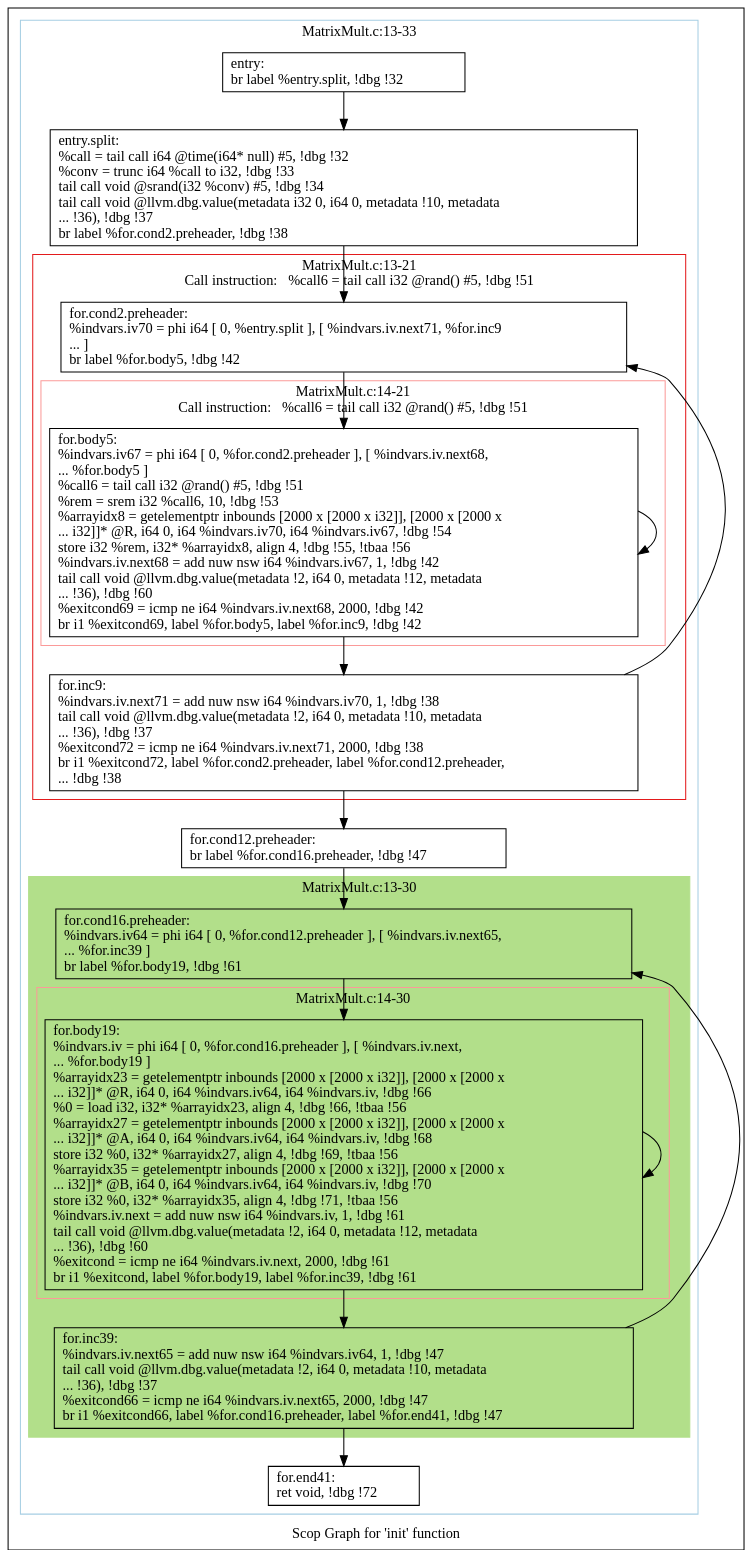
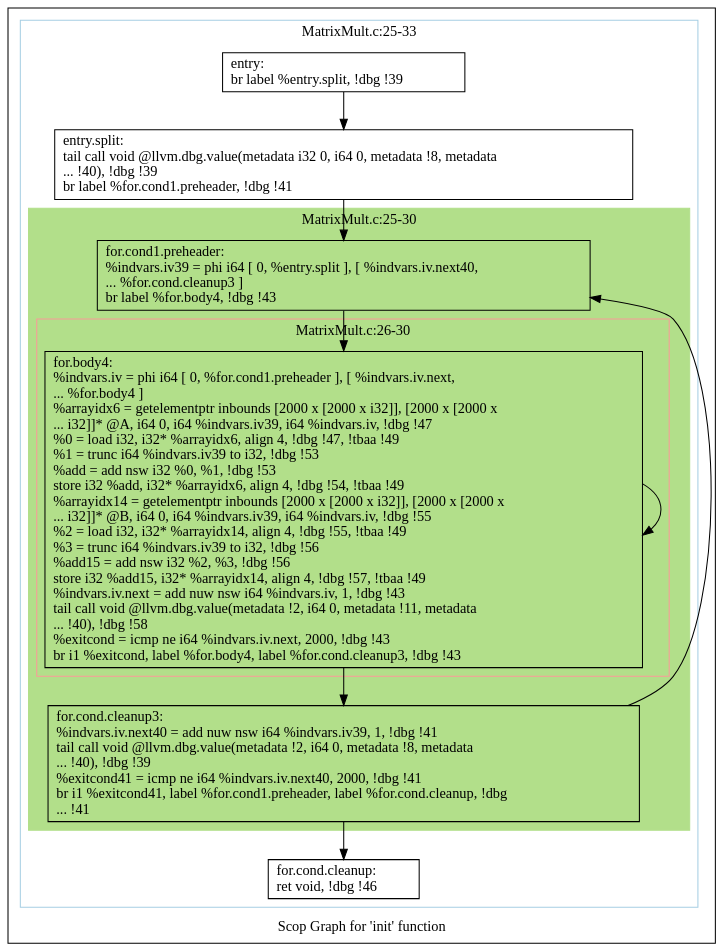
Before and after one commit to samminweng/WhileyOpenCL: the diagram in polly/MatrixMult/impl/handwritten/dot/scops.init.dot, drawn with Graphviz. The commit also changed 49 other files, not shown here.

```diff
--- a/polly/MatrixMult/impl/handwritten/dot/scops.init.dot
+++ b/polly/MatrixMult/impl/handwritten/dot/scops.init.dot
@@ -1,67 +1,41 @@
 digraph "Scop Graph for 'init' function" {
 	label="Scop Graph for 'init' function";
 
-	Node0x9c42190 [shape=record,label="{entry:\l  br label %entry.split, !dbg !32\l}"];
-	Node0x9c42190 -> Node0x9aad880;
-	Node0x9aad880 [shape=record,label="{entry.split:                                      \l  %call = tail call i64 @time(i64* null) #5, !dbg !32\l  %conv = trunc i64 %call to i32, !dbg !33\l  tail call void @srand(i32 %conv) #5, !dbg !34\l  tail call void @llvm.dbg.value(metadata i32 0, i64 0, metadata !10, metadata\l... !36), !dbg !37\l  br label %for.cond2.preheader, !dbg !38\l}"];
-	Node0x9aad880 -> Node0x9c42320;
-	Node0x9c42320 [shape=record,label="{for.cond2.preheader:                              \l  %indvars.iv70 = phi i64 [ 0, %entry.split ], [ %indvars.iv.next71, %for.inc9\l... ]\l  br label %for.body5, !dbg !42\l}"];
-	Node0x9c42320 -> Node0x9c41cf0;
-	Node0x9c41cf0 [shape=record,label="{for.body5:                                        \l  %indvars.iv67 = phi i64 [ 0, %for.cond2.preheader ], [ %indvars.iv.next68,\l... %for.body5 ]\l  %call6 = tail call i32 @rand() #5, !dbg !51\l  %rem = srem i32 %call6, 10, !dbg !53\l  %arrayidx8 = getelementptr inbounds [2000 x [2000 x i32]], [2000 x [2000 x\l... i32]]* @R, i64 0, i64 %indvars.iv70, i64 %indvars.iv67, !dbg !54\l  store i32 %rem, i32* %arrayidx8, align 4, !dbg !55, !tbaa !56\l  %indvars.iv.next68 = add nuw nsw i64 %indvars.iv67, 1, !dbg !42\l  tail call void @llvm.dbg.value(metadata !2, i64 0, metadata !12, metadata\l... !36), !dbg !60\l  %exitcond69 = icmp ne i64 %indvars.iv.next68, 2000, !dbg !42\l  br i1 %exitcond69, label %for.body5, label %for.inc9, !dbg !42\l}"];
-	Node0x9c41cf0 -> Node0x9c41cf0[constraint=false];
-	Node0x9c41cf0 -> Node0x9c423a0;
-	Node0x9c423a0 [shape=record,label="{for.inc9:                                         \l  %indvars.iv.next71 = add nuw nsw i64 %indvars.iv70, 1, !dbg !38\l  tail call void @llvm.dbg.value(metadata !2, i64 0, metadata !10, metadata\l... !36), !dbg !37\l  %exitcond72 = icmp ne i64 %indvars.iv.next71, 2000, !dbg !38\l  br i1 %exitcond72, label %for.cond2.preheader, label %for.cond12.preheader,\l... !dbg !38\l}"];
-	Node0x9c423a0 -> Node0x9c42320[constraint=false];
-	Node0x9c423a0 -> Node0x9c394f0;
-	Node0x9c394f0 [shape=record,label="{for.cond12.preheader:                             \l  br label %for.cond16.preheader, !dbg !47\l}"];
-	Node0x9c394f0 -> Node0x9ccb7d0;
-	Node0x9ccb7d0 [shape=record,label="{for.cond16.preheader:                             \l  %indvars.iv64 = phi i64 [ 0, %for.cond12.preheader ], [ %indvars.iv.next65,\l... %for.inc39 ]\l  br label %for.body19, !dbg !61\l}"];
-	Node0x9ccb7d0 -> Node0x9ccb7f0;
-	Node0x9ccb7f0 [shape=record,label="{for.body19:                                       \l  %indvars.iv = phi i64 [ 0, %for.cond16.preheader ], [ %indvars.iv.next,\l... %for.body19 ]\l  %arrayidx23 = getelementptr inbounds [2000 x [2000 x i32]], [2000 x [2000 x\l... i32]]* @R, i64 0, i64 %indvars.iv64, i64 %indvars.iv, !dbg !66\l  %0 = load i32, i32* %arrayidx23, align 4, !dbg !66, !tbaa !56\l  %arrayidx27 = getelementptr inbounds [2000 x [2000 x i32]], [2000 x [2000 x\l... i32]]* @A, i64 0, i64 %indvars.iv64, i64 %indvars.iv, !dbg !68\l  store i32 %0, i32* %arrayidx27, align 4, !dbg !69, !tbaa !56\l  %arrayidx35 = getelementptr inbounds [2000 x [2000 x i32]], [2000 x [2000 x\l... i32]]* @B, i64 0, i64 %indvars.iv64, i64 %indvars.iv, !dbg !70\l  store i32 %0, i32* %arrayidx35, align 4, !dbg !71, !tbaa !56\l  %indvars.iv.next = add nuw nsw i64 %indvars.iv, 1, !dbg !61\l  tail call void @llvm.dbg.value(metadata !2, i64 0, metadata !12, metadata\l... !36), !dbg !60\l  %exitcond = icmp ne i64 %indvars.iv.next, 2000, !dbg !61\l  br i1 %exitcond, label %for.body19, label %for.inc39, !dbg !61\l}"];
-	Node0x9ccb7f0 -> Node0x9ccb7f0[constraint=false];
-	Node0x9ccb7f0 -> Node0x9ce4860;
-	Node0x9ce4860 [shape=record,label="{for.inc39:                                        \l  %indvars.iv.next65 = add nuw nsw i64 %indvars.iv64, 1, !dbg !47\l  tail call void @llvm.dbg.value(metadata !2, i64 0, metadata !10, metadata\l... !36), !dbg !37\l  %exitcond66 = icmp ne i64 %indvars.iv.next65, 2000, !dbg !47\l  br i1 %exitcond66, label %for.cond16.preheader, label %for.end41, !dbg !47\l}"];
-	Node0x9ce4860 -> Node0x9ccb7d0[constraint=false];
-	Node0x9ce4860 -> Node0x9ce48c0;
-	Node0x9ce48c0 [shape=record,label="{for.end41:                                        \l  ret void, !dbg !72\l}"];
+	Node0xa8b6a50 [shape=record,label="{entry:\l  br label %entry.split, !dbg !39\l}"];
+	Node0xa8b6a50 -> Node0xa8a4970;
+	Node0xa8a4970 [shape=record,label="{entry.split:                                      \l  tail call void @llvm.dbg.value(metadata i32 0, i64 0, metadata !8, metadata\l... !40), !dbg !39\l  br label %for.cond1.preheader, !dbg !41\l}"];
+	Node0xa8a4970 -> Node0xa8a6c30;
+	Node0xa8a6c30 [shape=record,label="{for.cond1.preheader:                              \l  %indvars.iv39 = phi i64 [ 0, %entry.split ], [ %indvars.iv.next40,\l... %for.cond.cleanup3 ]\l  br label %for.body4, !dbg !43\l}"];
+	Node0xa8a6c30 -> Node0xa8ad200;
+	Node0xa8ad200 [shape=record,label="{for.body4:                                        \l  %indvars.iv = phi i64 [ 0, %for.cond1.preheader ], [ %indvars.iv.next,\l... %for.body4 ]\l  %arrayidx6 = getelementptr inbounds [2000 x [2000 x i32]], [2000 x [2000 x\l... i32]]* @A, i64 0, i64 %indvars.iv39, i64 %indvars.iv, !dbg !47\l  %0 = load i32, i32* %arrayidx6, align 4, !dbg !47, !tbaa !49\l  %1 = trunc i64 %indvars.iv39 to i32, !dbg !53\l  %add = add nsw i32 %0, %1, !dbg !53\l  store i32 %add, i32* %arrayidx6, align 4, !dbg !54, !tbaa !49\l  %arrayidx14 = getelementptr inbounds [2000 x [2000 x i32]], [2000 x [2000 x\l... i32]]* @B, i64 0, i64 %indvars.iv39, i64 %indvars.iv, !dbg !55\l  %2 = load i32, i32* %arrayidx14, align 4, !dbg !55, !tbaa !49\l  %3 = trunc i64 %indvars.iv39 to i32, !dbg !56\l  %add15 = add nsw i32 %2, %3, !dbg !56\l  store i32 %add15, i32* %arrayidx14, align 4, !dbg !57, !tbaa !49\l  %indvars.iv.next = add nuw nsw i64 %indvars.iv, 1, !dbg !43\l  tail call void @llvm.dbg.value(metadata !2, i64 0, metadata !11, metadata\l... !40), !dbg !58\l  %exitcond = icmp ne i64 %indvars.iv.next, 2000, !dbg !43\l  br i1 %exitcond, label %for.body4, label %for.cond.cleanup3, !dbg !43\l}"];
+	Node0xa8ad200 -> Node0xa8ad200[constraint=false];
+	Node0xa8ad200 -> Node0xa949da0;
+	Node0xa949da0 [shape=record,label="{for.cond.cleanup3:                                \l  %indvars.iv.next40 = add nuw nsw i64 %indvars.iv39, 1, !dbg !41\l  tail call void @llvm.dbg.value(metadata !2, i64 0, metadata !8, metadata\l... !40), !dbg !39\l  %exitcond41 = icmp ne i64 %indvars.iv.next40, 2000, !dbg !41\l  br i1 %exitcond41, label %for.cond1.preheader, label %for.cond.cleanup, !dbg\l... !41\l}"];
+	Node0xa949da0 -> Node0xa8a6c30[constraint=false];
+	Node0xa949da0 -> Node0xa8ad170;
+	Node0xa8ad170 [shape=record,label="{for.cond.cleanup:                                 \l  ret void, !dbg !46\l}"];
 	colorscheme = "paired12"
-        subgraph cluster_0x9c3ee80 {
-          label = "MatrixMult.c:13-33
+        subgraph cluster_0xa949bc0 {
+          label = "MatrixMult.c:25-33
 ";
           style = solid;
           color = 1
-          subgraph cluster_0x9c3daf0 {
-            label = "MatrixMult.c:13-21
-Call instruction:   %call6 = tail call i32 @rand() #5, !dbg !51";
-            style = solid;
-            color = 6
-            subgraph cluster_0x9c433e0 {
-              label = "MatrixMult.c:14-21
-Call instruction:   %call6 = tail call i32 @rand() #5, !dbg !51";
-              style = solid;
-              color = 5
-              Node0x9c41cf0;
-            }
-            Node0x9c42320;
-            Node0x9c423a0;
-          }
-          subgraph cluster_0x9c42020 {
-            label = "MatrixMult.c:13-30
+          subgraph cluster_0xa8a7ee0 {
+            label = "MatrixMult.c:25-30
 ";
             style = filled;
-            color = 3            subgraph cluster_0x9c41f00 {
-              label = "MatrixMult.c:14-30
+            color = 3            subgraph cluster_0xa8a5430 {
+              label = "MatrixMult.c:26-30
 ";
               style = solid;
               color = 5
-              Node0x9ccb7f0;
+              Node0xa8ad200;
             }
-            Node0x9ccb7d0;
-            Node0x9ce4860;
+            Node0xa8a6c30;
+            Node0xa949da0;
           }
-          Node0x9c42190;
-          Node0x9aad880;
-          Node0x9c394f0;
-          Node0x9ce48c0;
+          Node0xa8b6a50;
+          Node0xa8a4970;
+          Node0xa8ad170;
         }
 }
```
